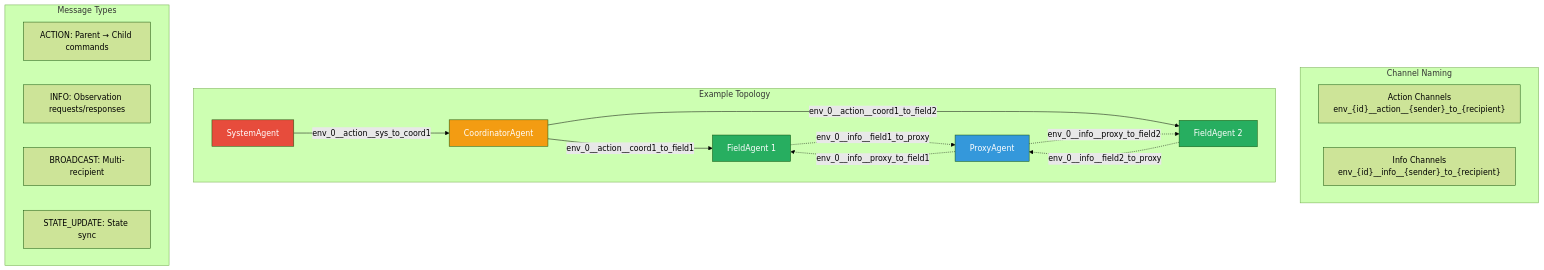
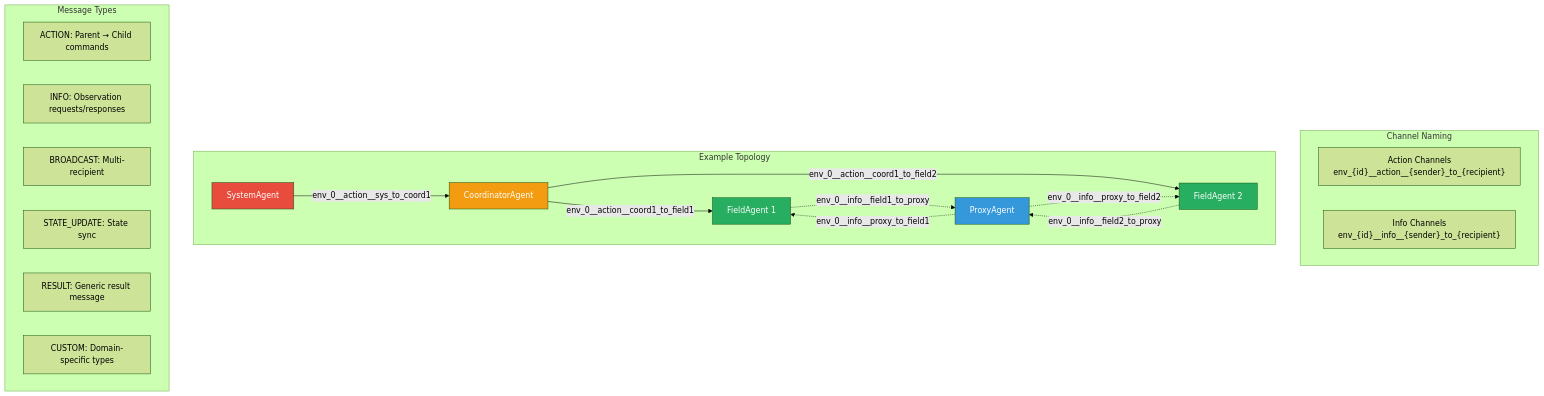
Before and after one commit to Criss-Wang/PowerGym: diagram 13 of 14 in docs/design/HERON_FLOW_DIAGRAMS.md, drawn with Mermaid (forest theme). The commit also changed other lines of this file and 13 other files, not shown here.

````diff
--- a/docs/design/HERON_FLOW_DIAGRAMS.md
+++ b/docs/design/HERON_FLOW_DIAGRAMS.md
@@ -620,33 +651,35 @@
 ```mermaid
 graph TB
     subgraph "Channel Naming"
         AC["Action Channels<br/>env_{id}__action__{sender}_to_{recipient}"]
         IC["Info Channels<br/>env_{id}__info__{sender}_to_{recipient}"]
     end
 
     subgraph "Example Topology"
         direction LR
 
         SYS["SystemAgent"] -->|"env_0__action__sys_to_coord1"| COORD1["CoordinatorAgent"]
         COORD1 -->|"env_0__action__coord1_to_field1"| F1["FieldAgent 1"]
         COORD1 -->|"env_0__action__coord1_to_field2"| F2["FieldAgent 2"]
 
         F1 -.->|"env_0__info__field1_to_proxy"| PX["ProxyAgent"]
         F2 -.->|"env_0__info__field2_to_proxy"| PX
         PX -.->|"env_0__info__proxy_to_field1"| F1
         PX -.->|"env_0__info__proxy_to_field2"| F2
     end
 
     subgraph "Message Types"
         MT1["ACTION: Parent → Child commands"]
         MT2["INFO: Observation requests/responses"]
         MT3["BROADCAST: Multi-recipient"]
         MT4["STATE_UPDATE: State sync"]
+        MT5["RESULT: Generic result message"]
+        MT6["CUSTOM: Domain-specific types"]
     end
 
     style SYS fill:#e74c3c,color:#fff
     style COORD1 fill:#f39c12,color:#fff
     style F1 fill:#27ae60,color:#fff
     style F2 fill:#27ae60,color:#fff
     style PX fill:#3498db,color:#fff
 ```
````
